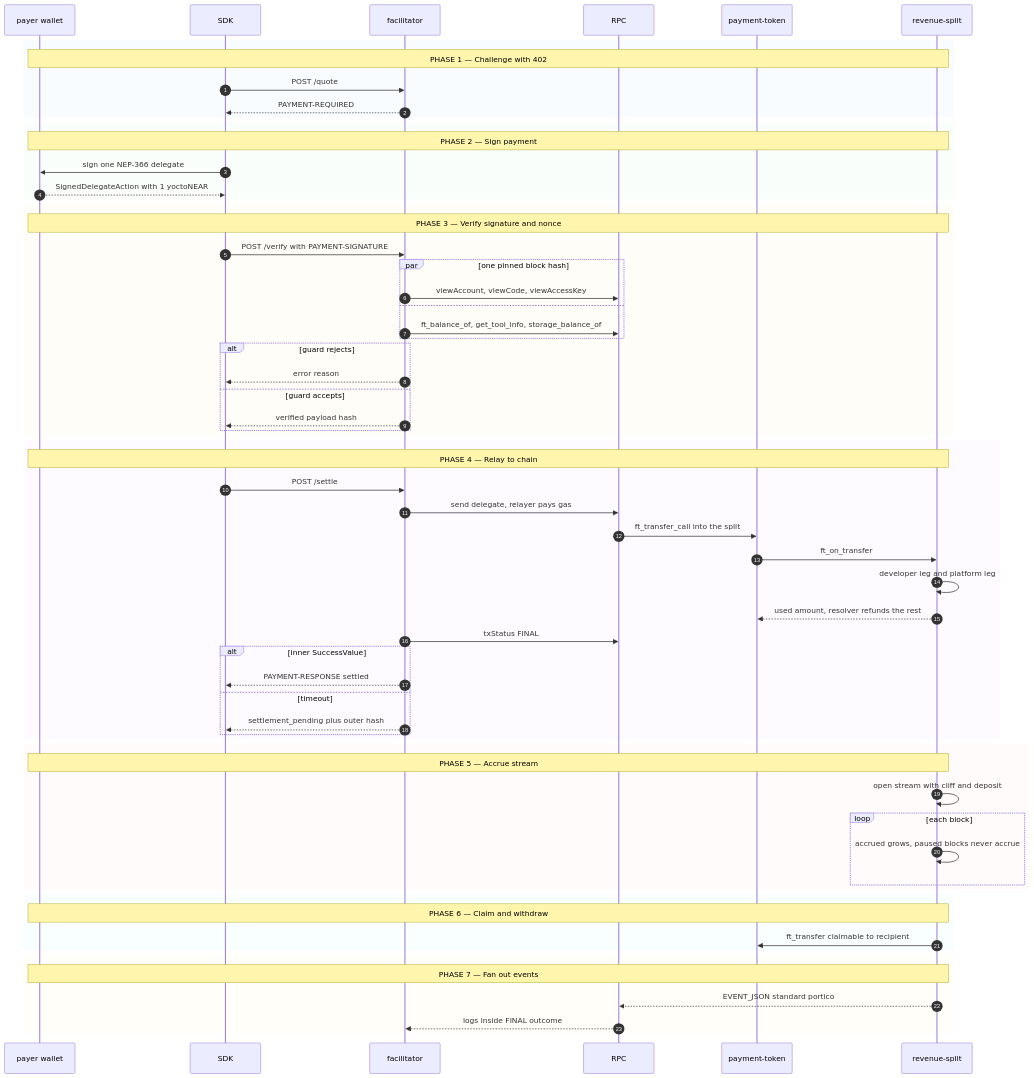
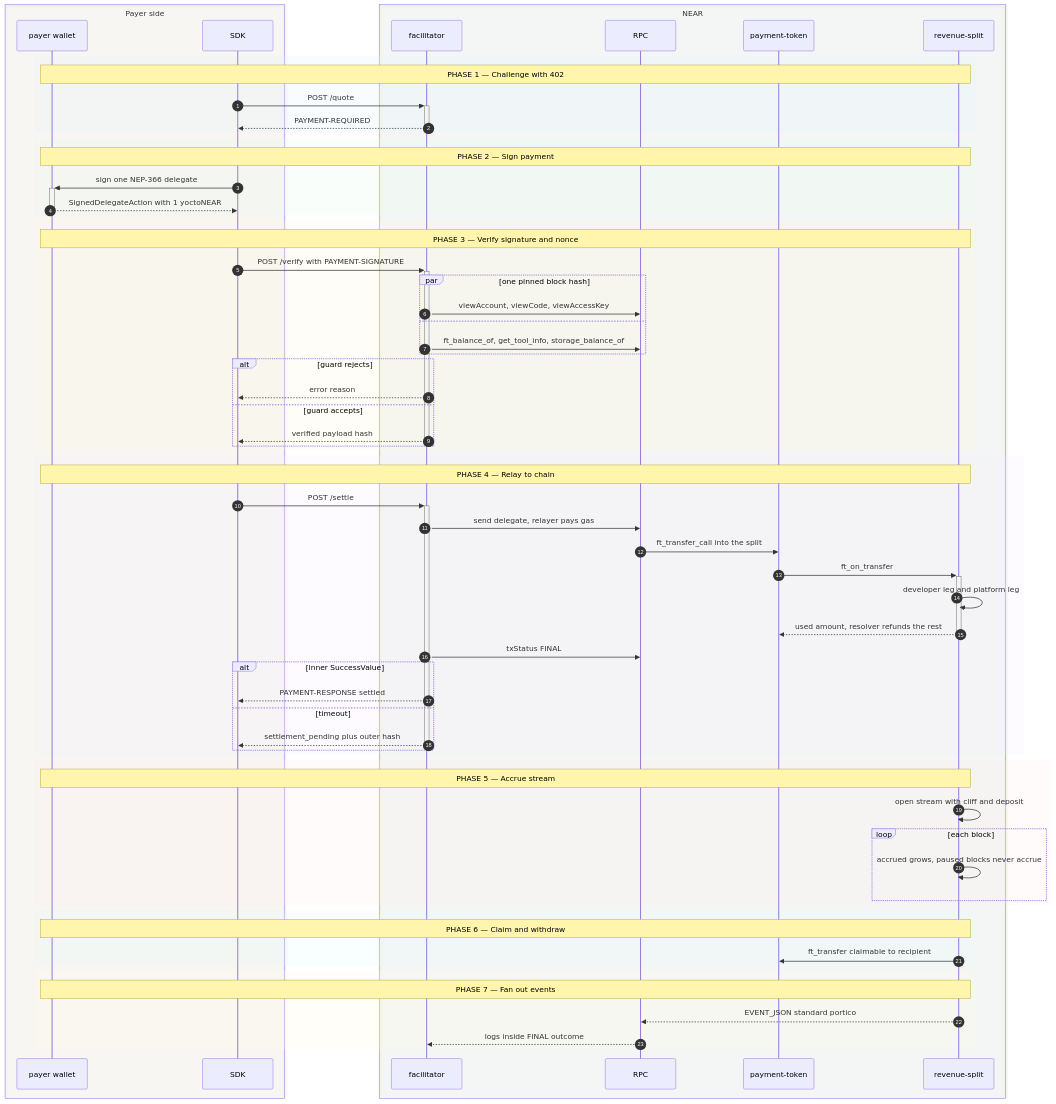
One commit to skthnr/paid-api-payment-rail changed the diagram in README.md. Above: the diagram before and after it, drawn with Mermaid.

Commit message:
docs(portico): add system boundaries and activations to the diagram

````diff
--- a/README.md
+++ b/README.md
@@ -5,67 +5,71 @@
 ```mermaid
 sequenceDiagram
     accTitle: portico runtime flow
     accDescr: Payer wallet, SDK, facilitator, RPC and contracts settle one gasless x402 payment and accrue stream.
     autonumber
+    box rgba(255,244,214,0.12) Payer side
     participant W as payer wallet
     participant S as SDK
+    end
+    box rgba(230,247,235,0.12) NEAR
     participant F as facilitator
     participant R as RPC
     participant T as payment-token
     participant V as revenue-split
+    end
     rect rgba(226,238,255,0.20)
     Note over W,V: PHASE 1 — Challenge with 402
-    S->>F: POST /quote
-    F-->>S: PAYMENT-REQUIRED
+    S->>+F: POST /quote
+    F-->>-S: PAYMENT-REQUIRED
     end
     rect rgba(230,247,235,0.20)
     Note over W,V: PHASE 2 — Sign payment
-    S->>W: sign one NEP-366 delegate
-    W-->>S: SignedDelegateAction with 1 yoctoNEAR
+    S->>+W: sign one NEP-366 delegate
+    W-->>-S: SignedDelegateAction with 1 yoctoNEAR
     end
     rect rgba(255,244,214,0.20)
     Note over W,V: PHASE 3 — Verify signature and nonce
-    S->>F: POST /verify with PAYMENT-SIGNATURE
+    S->>+F: POST /verify with PAYMENT-SIGNATURE
     par one pinned block hash
     F->>R: viewAccount, viewCode, viewAccessKey
     and
     F->>R: ft_balance_of, get_tool_info, storage_balance_of
     end
     alt guard rejects
     F-->>S: error reason
     else guard accepts
-    F-->>S: verified payload hash
+    F-->>-S: verified payload hash
     end
     end
     rect rgba(243,232,255,0.20)
     Note over W,V: PHASE 4 — Relay to chain
-    S->>F: POST /settle
+    S->>+F: POST /settle
     F->>R: send delegate, relayer pays gas
     R->>T: ft_transfer_call into the split
-    T->>V: ft_on_transfer
+    T->>+V: ft_on_transfer
     V->>V: developer leg and platform leg
-    V-->>T: used amount, resolver refunds the rest
+    V-->>-T: used amount, resolver refunds the rest
     F->>R: txStatus FINAL
     alt inner SuccessValue
     F-->>S: PAYMENT-RESPONSE settled
     else timeout
-    F-->>S: settlement_pending plus outer hash
+    F-->>-S: settlement_pending plus outer hash
     end
     end
     rect rgba(255,232,232,0.20)
     Note over W,V: PHASE 5 — Accrue stream
     V->>V: open stream with cliff and deposit
     loop each block
     V->>V: accrued grows, paused blocks never accrue
     end
     end
     rect rgba(224,247,250,0.20)
     Note over W,V: PHASE 6 — Claim and withdraw
     V->>T: ft_transfer claimable to recipient
     end
     rect rgba(255,248,225,0.20)
     Note over W,V: PHASE 7 — Fan out events
     V-->>R: EVENT_JSON standard portico
     R-->>F: logs inside FINAL outcome
     end
 ```
````
